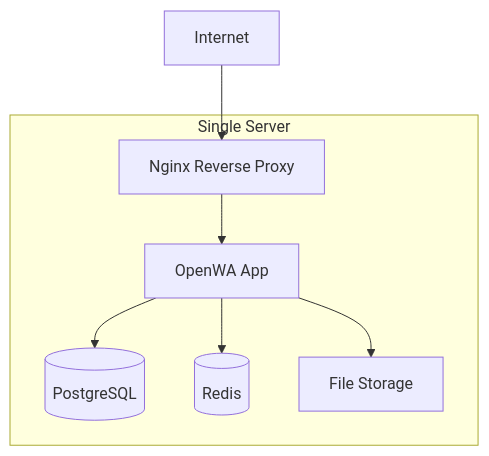
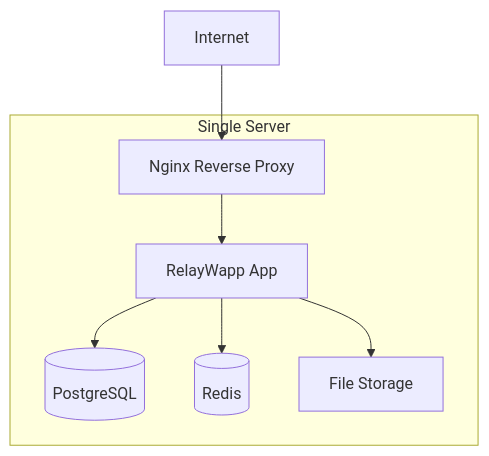
Before and after one commit to FaisalKabirGalib/whitelabel-whatsapp-gateway: the second of 5 diagrams in docs/10-devops-infrastructure.md, drawn with Mermaid. The commit also changed other lines of this file and 51 other files, not shown here.

Commit message:
docs: rebrand documentation for RelayWapp

````diff
--- a/docs/10-devops-infrastructure.md
+++ b/docs/10-devops-infrastructure.md
@@ -333,12 +333,12 @@
 ```mermaid
 flowchart TB
     subgraph Server["Single Server"]
         NGINX[Nginx Reverse Proxy]
-        NGINX --> APP[OpenWA App]
+        NGINX --> APP[RelayWapp App]
         APP --> PG[(PostgreSQL)]
         APP --> RD[(Redis)]
         APP --> FS[File Storage]
     end
 
     Internet --> NGINX
 ```
````
